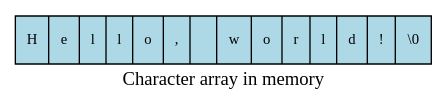
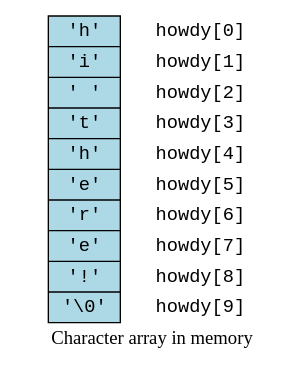
One commit to DaveParillo/intermediate-cpp changed the first of 2 diagrams in _sources/string+vector/string.rst. Above: the diagram before and after it, drawn with Graphviz. The commit also changed other lines of this file and 1 other file, not shown here.

Commit message:
added template glossary item, rotated first array graph

```diff
--- a/_sources/string+vector/string.rst
+++ b/_sources/string+vector/string.rst
@@ -37,18 +41,23 @@
 .. graphviz::
 
    digraph char_array {
-     rankdir=LR
      fontname = "Bitstream Vera Sans"
      label="Character array in memory"
      node [
-        fontname = "Bitstream Vera Sans"
-        fontsize = 11
+        fontname = "Courier"
+        fontsize = 14
         shape = "record"
         style=filled
         fillcolor=lightblue
      ]
      arr [
-        label = "{H|e|l|l|o|,| |w|o|r|l|d|!|\\0}"
+        label = "{'h'|'i'|' '|'t'|'h'|'e'|'r'|'e'|'!'|'\\0'}";
+     ]
+     idx [ 
+        color = white;
+        fillcolor=white;
+        label = "{howdy[0]|howdy[1]|howdy[2]|howdy[3]|howdy[4]|howdy[5]|howdy[6]|howdy[7]|howdy[8]|howdy[9]}";
      ]
 
+
    }
```
